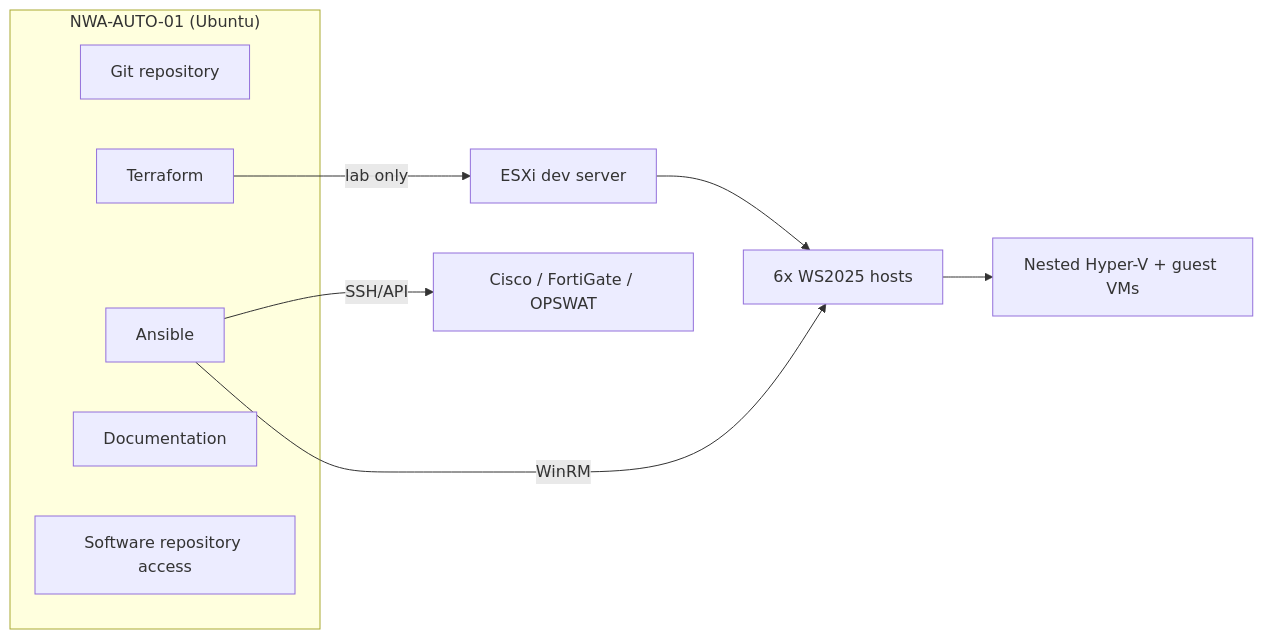
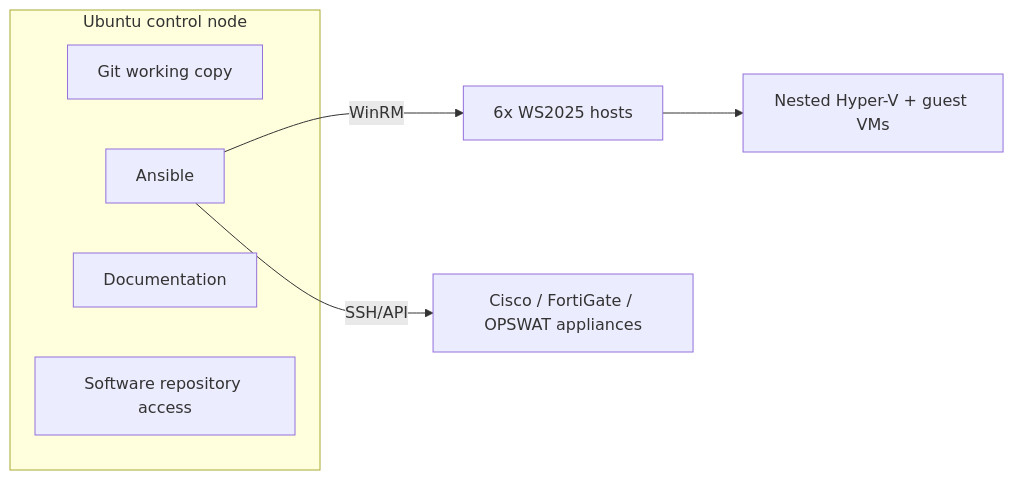
One commit to ApoloPrado1/hello-world-project changed the third of 3 diagrams in docs/ARCHITECTURE.md. Above: the diagram before and after it, drawn with Mermaid. The commit also changed other lines of this file and 5 other files, not shown here.

````diff
--- a/docs/ARCHITECTURE.md
+++ b/docs/ARCHITECTURE.md
@@ -132,16 +156,13 @@
 ```mermaid
 flowchart LR
-    subgraph AUTO["NWA-AUTO-01 (Ubuntu)"]
-        GIT[Git repository]
-        TF[Terraform]
+    subgraph AUTO["Ubuntu control node"]
+        GIT[Git working copy]
         ANS[Ansible]
         DOC[Documentation]
         REPO[Software repository access]
     end
 
-    TF -->|lab only| ESXi[ESXi dev server]
-    ESXi --> VH[6x WS2025 hosts]
-    ANS -->|WinRM| VH
+    ANS -->|WinRM| VH[6x WS2025 hosts]
     VH --> HV[Nested Hyper-V + guest VMs]
-    ANS -->|SSH/API| NET[Cisco / FortiGate / OPSWAT]
+    ANS -->|SSH/API| NET[Cisco / FortiGate / OPSWAT appliances]
 ```
````
